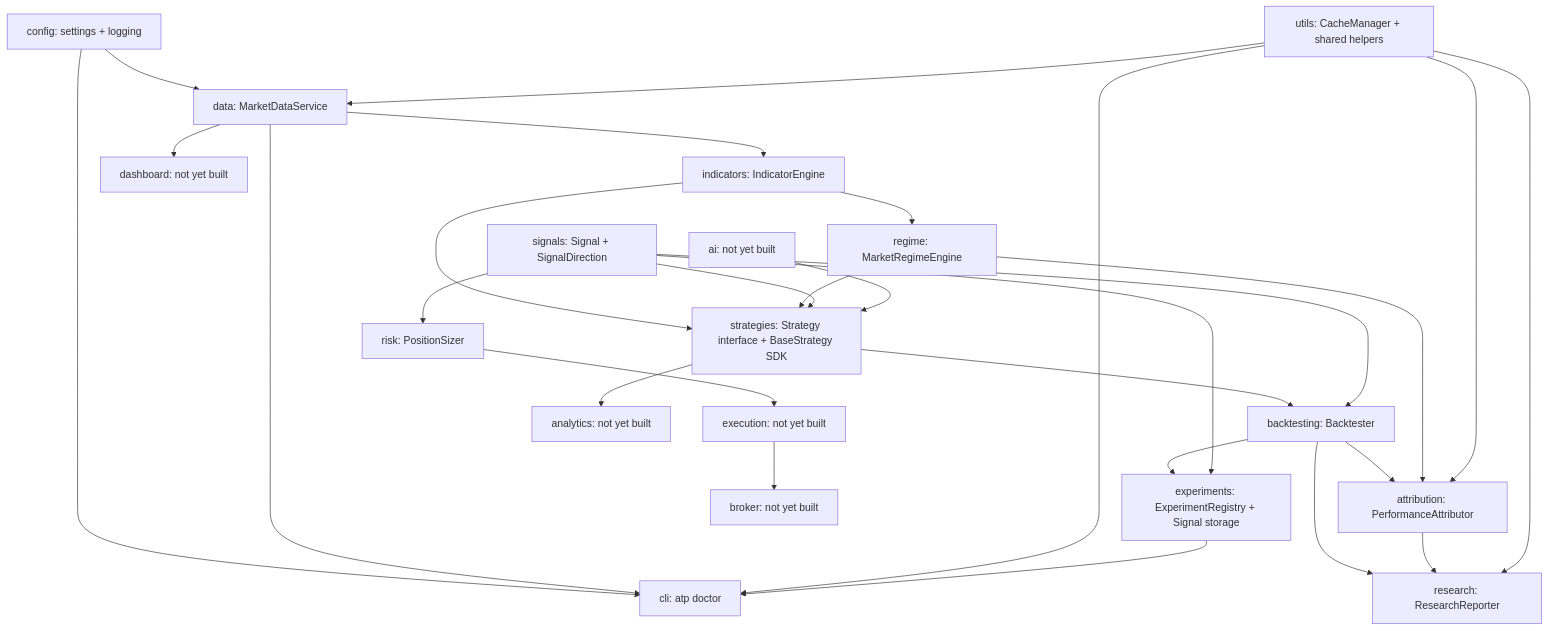
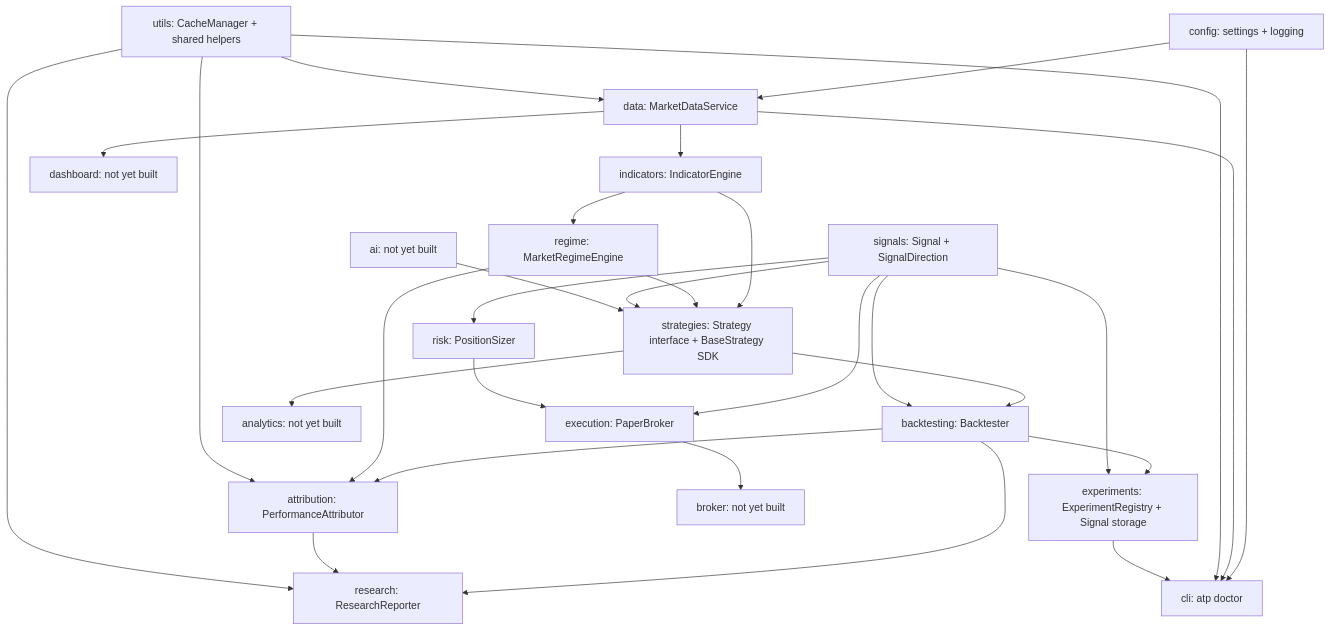
One commit to grow-op-nasa/ai-trading-platform changed the diagram in ARCHITECTURE.md. Above: the diagram before and after it, drawn with Mermaid. The commit also changed other lines of this file and 8 other files, not shown here.

First line of the commit message:
Sprint 4: PaperBroker (src/execution) -- simulated fills + portfolio tracking

````diff
--- a/ARCHITECTURE.md
+++ b/ARCHITECTURE.md
@@ -14,49 +14,50 @@
 ```mermaid
 graph TD
     config[config: settings + logging]
     utils[utils: CacheManager + shared helpers]
     data[data: MarketDataService]
     indicators[indicators: IndicatorEngine]
     regime[regime: MarketRegimeEngine]
     signals[signals: Signal + SignalDirection]
     strategies[strategies: Strategy interface + BaseStrategy SDK]
     backtesting[backtesting: Backtester]
     attribution[attribution: PerformanceAttributor]
     experiments[experiments: ExperimentRegistry + Signal storage]
     research[research: ResearchReporter]
     risk[risk: PositionSizer]
-    execution[execution: not yet built]
+    execution[execution: PaperBroker]
     broker[broker: not yet built]
     analytics[analytics: not yet built]
     ai[ai: not yet built]
     dashboard[dashboard: not yet built]
     cli[cli: atp doctor]
 
     config --> data
     utils --> data
     data --> indicators
     indicators --> regime
     indicators --> strategies
     regime --> strategies
     signals --> strategies
     strategies --> backtesting
     signals --> backtesting
     backtesting --> experiments
     signals --> experiments
     backtesting --> attribution
     regime --> attribution
     utils --> attribution
     backtesting --> research
     attribution --> research
     utils --> research
     signals --> risk
+    signals --> execution
     risk --> execution
     execution --> broker
     strategies --> analytics
     data --> dashboard
     ai --> strategies
     config --> cli
     data --> cli
     utils --> cli
     experiments --> cli
 ```
````
